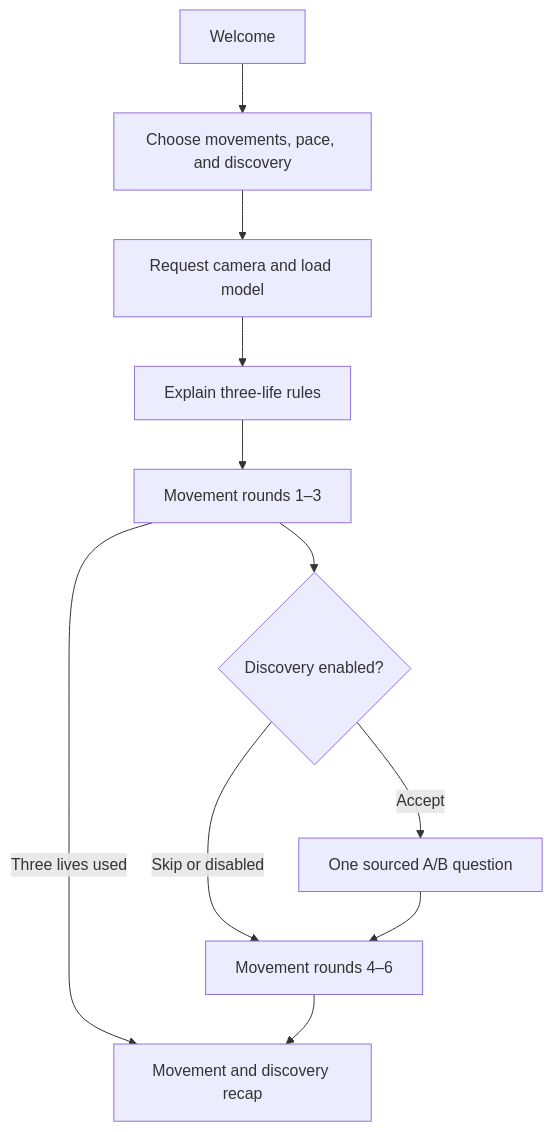
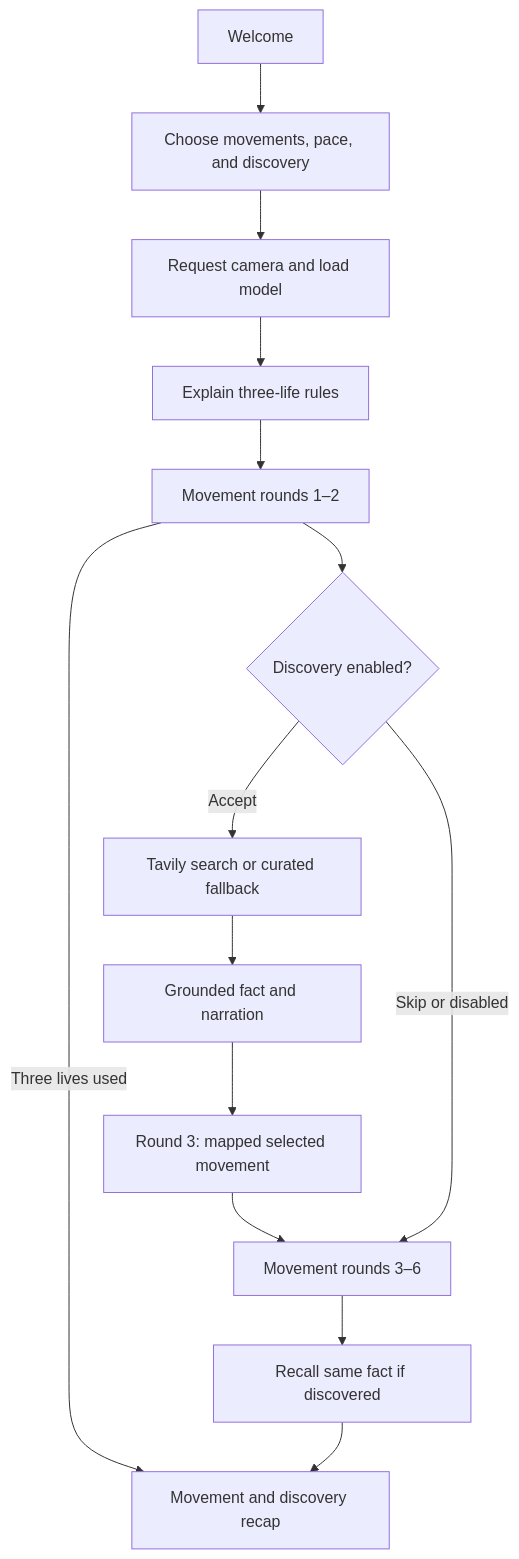
The second of 2 diagrams in docs/architecture.md (midhatalvi/SimonSays), drawn with Mermaid before and after one commit. The commit also changed other lines of this file and 22 other files, not shown here.

Commit message:
Integrate Tavily discovery into the movement loop

````diff
--- a/docs/architecture.md
+++ b/docs/architecture.md
@@ -24,13 +26,16 @@
 ```mermaid
 flowchart TD
     Welcome --> Setup[Choose movements, pace, and discovery]
     Setup --> Camera[Request camera and load model]
     Camera --> Rules[Explain three-life rules]
-    Rules --> First[Movement rounds 1–3]
+    Rules --> First[Movement rounds 1–2]
     First --> Offer{Discovery enabled?}
-    Offer -->|Accept| Question[One sourced A/B question]
-    Offer -->|Skip or disabled| Last[Movement rounds 4–6]
-    Question --> Last
+    Offer -->|Accept| Search[Tavily search or curated fallback]
+    Search --> Fact[Grounded fact and narration]
+    Fact --> Inspired[Round 3: mapped selected movement]
+    Inspired --> Last
+    Offer -->|Skip or disabled| Last[Movement rounds 3–6]
     First -->|Three lives used| Results
-    Last --> Results[Movement and discovery recap]
+    Last --> Recall[Recall same fact if discovered]
+    Recall --> Results[Movement and discovery recap]
 ```
````
